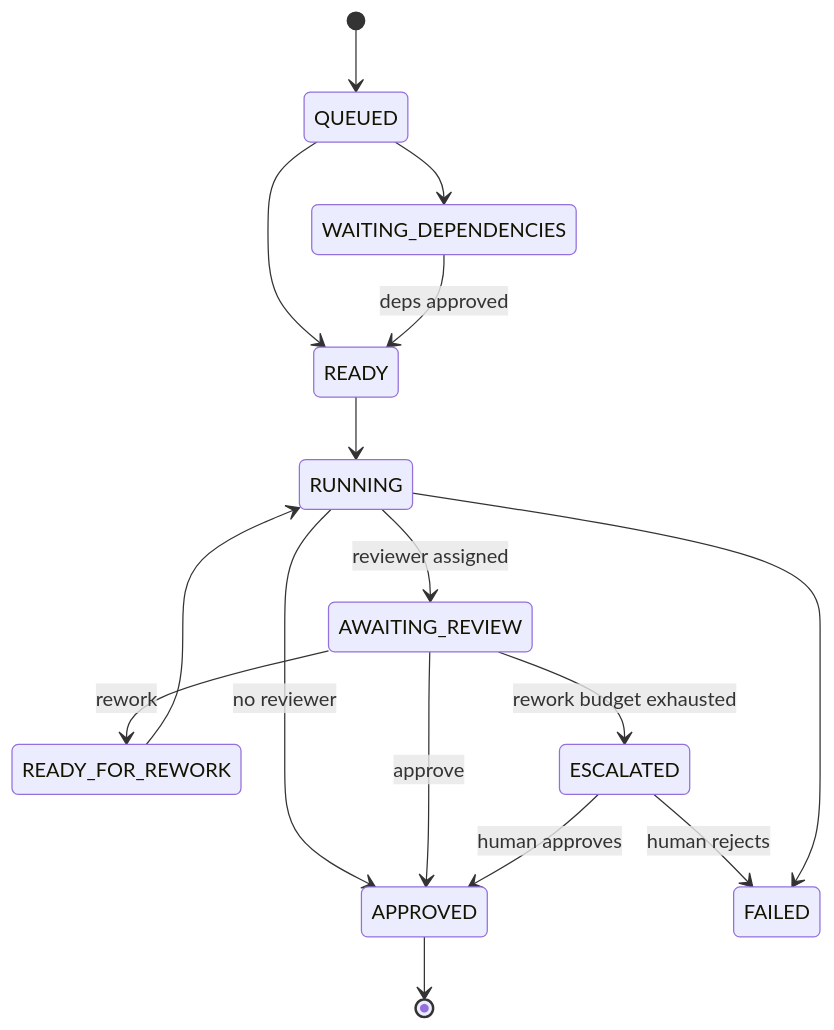
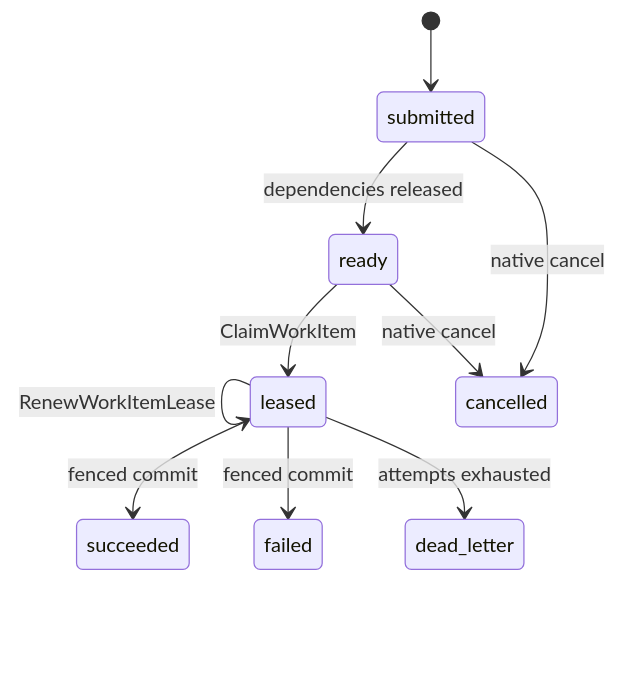
Before and after one commit to Knuckles-Team/agent-utilities: the first of 2 diagrams in docs/architecture/org-runtime.md, drawn with Mermaid. The commit also changed other lines of this file and 3818 other files, not shown here.

````diff
--- a/docs/architecture/org-runtime.md
+++ b/docs/architecture/org-runtime.md
@@ -29,18 +29,12 @@
 ```mermaid
 stateDiagram-v2
-    [*] --> QUEUED
-    QUEUED --> READY
-    QUEUED --> WAITING_DEPENDENCIES
-    WAITING_DEPENDENCIES --> READY: deps approved
-    READY --> RUNNING
-    RUNNING --> AWAITING_REVIEW: reviewer assigned
-    RUNNING --> APPROVED: no reviewer
-    AWAITING_REVIEW --> APPROVED: approve
-    AWAITING_REVIEW --> READY_FOR_REWORK: rework
-    READY_FOR_REWORK --> RUNNING
-    AWAITING_REVIEW --> ESCALATED: rework budget exhausted
-    ESCALATED --> APPROVED: human approves
-    ESCALATED --> FAILED: human rejects
-    RUNNING --> FAILED
-    APPROVED --> [*]
+    [*] --> submitted
+    submitted --> ready: dependencies released
+    ready --> leased: ClaimWorkItem
+    leased --> leased: RenewWorkItemLease
+    leased --> succeeded: fenced commit
+    leased --> failed: fenced commit
+    submitted --> cancelled: native cancel
+    ready --> cancelled: native cancel
+    leased --> dead_letter: attempts exhausted
 ```
````
